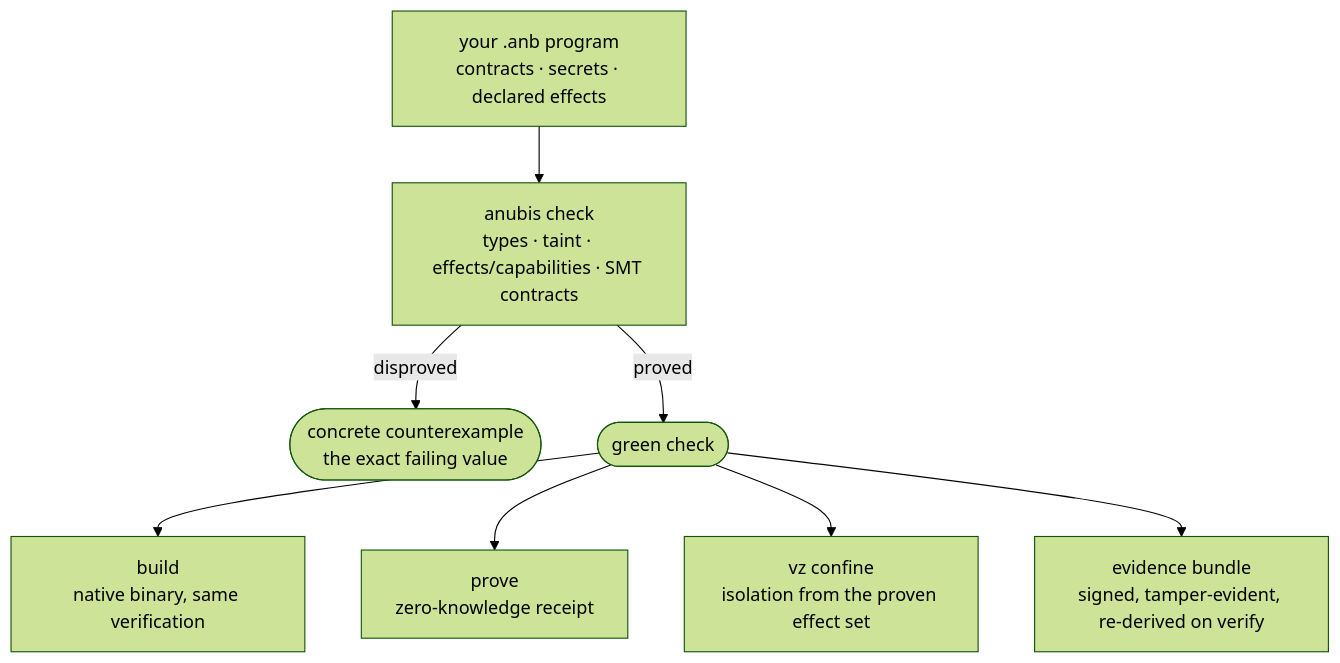
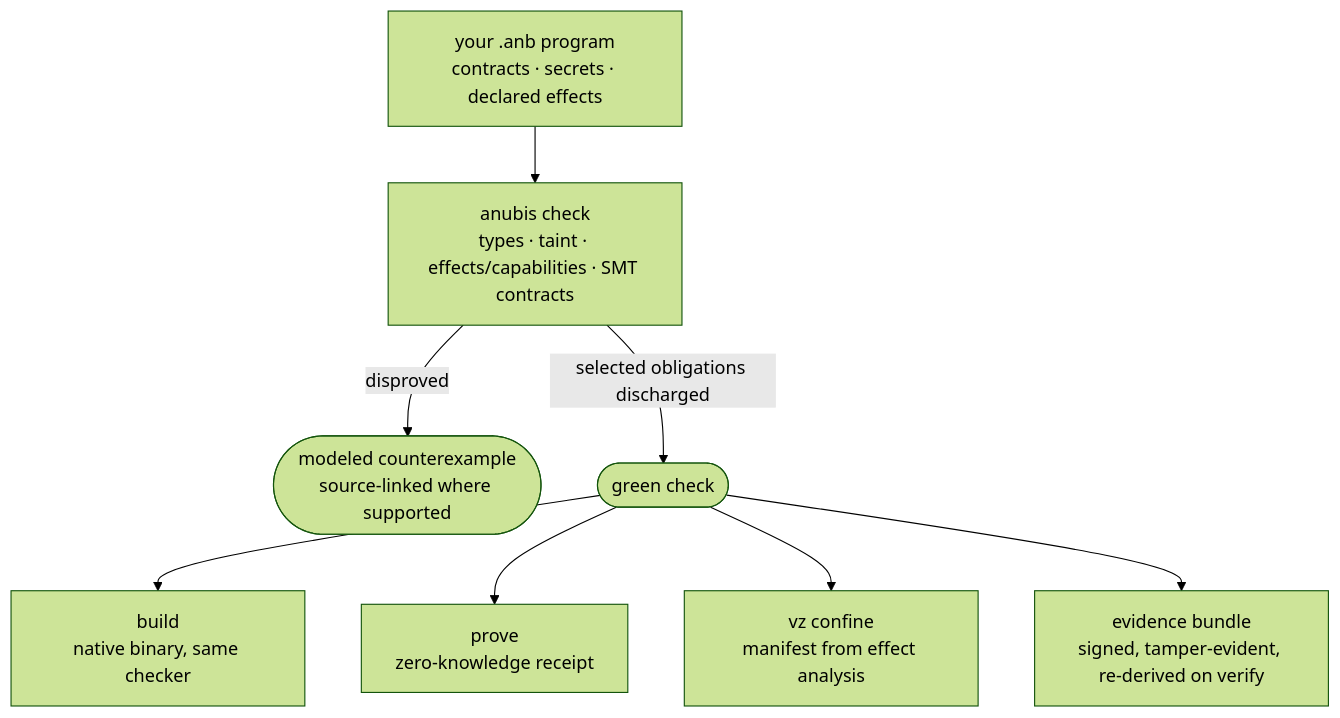
Before and after one commit to AnubisQuantumCipher/anubis-lang: the diagram in README.md, drawn with Mermaid (forest theme). The commit also changed other lines of this file and 9 other files, not shown here.

````diff
--- a/README.md
+++ b/README.md
@@ -43,11 +45,11 @@
 ```mermaid
 flowchart TD
     SRC["your .anb program<br/>contracts · secrets · declared effects"]
     SRC --> CHK["anubis check<br/>types · taint · effects/capabilities · SMT contracts"]
-    CHK -->|disproved| CE(["concrete counterexample<br/>the exact failing value"])
-    CHK -->|proved| OK(["green check"])
-    OK --> B["build<br/>native binary, same verification"]
+    CHK -->|disproved| CE(["modeled counterexample<br/>source-linked where supported"])
+    CHK -->|selected obligations discharged| OK(["green check"])
+    OK --> B["build<br/>native binary, same checker"]
     OK --> P["prove<br/>zero-knowledge receipt"]
-    OK --> C["vz confine<br/>isolation from the proven effect set"]
+    OK --> C["vz confine<br/>manifest from effect analysis"]
     OK --> E["evidence bundle<br/>signed, tamper-evident, re-derived on verify"]
 ```
````
